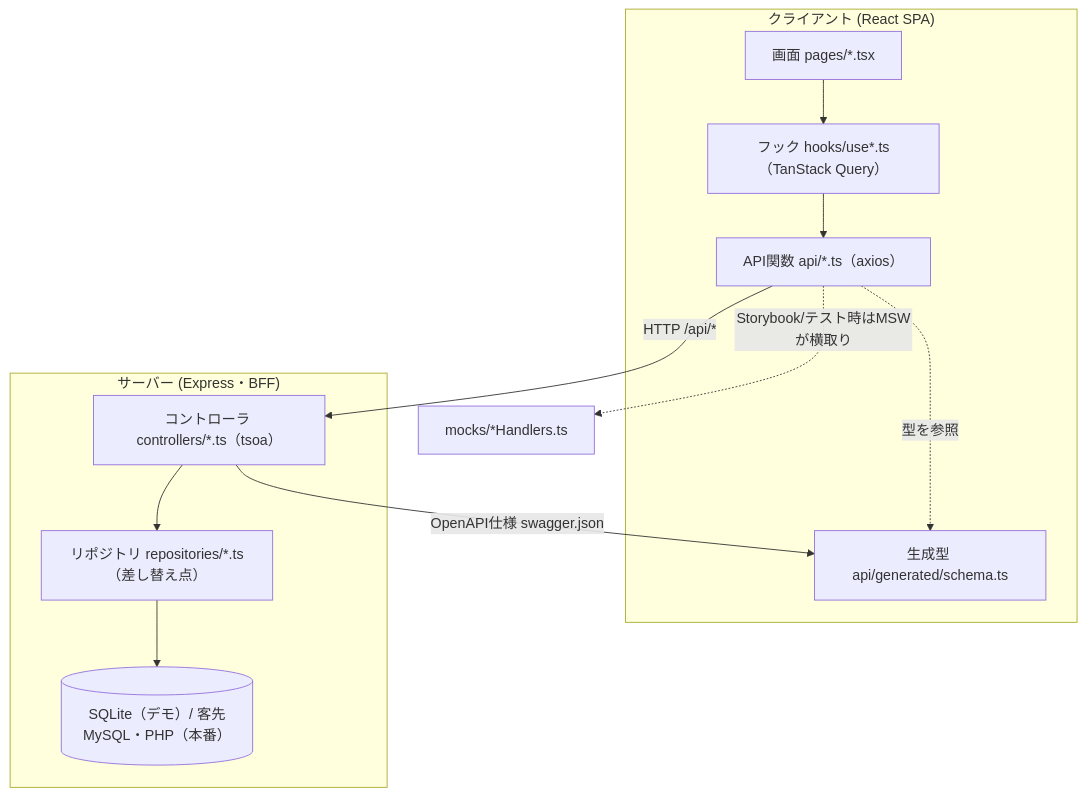
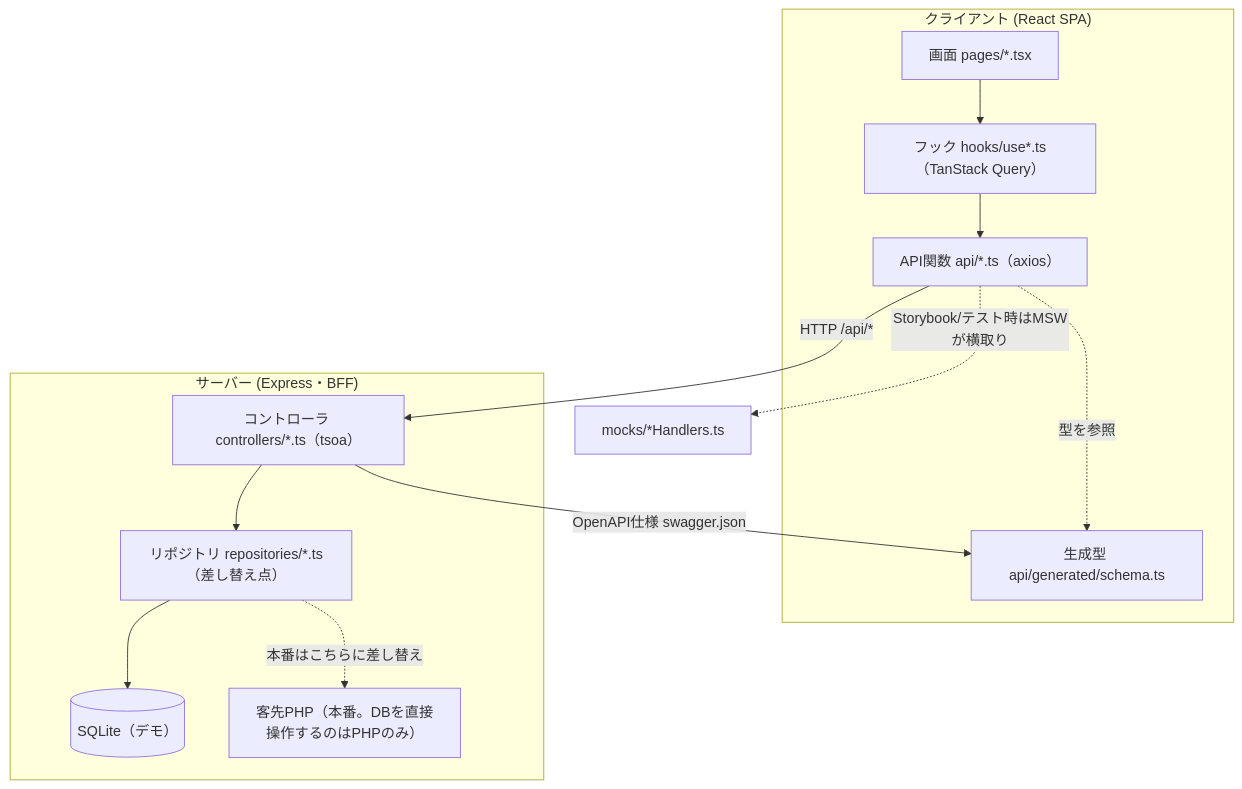
One commit to katsya1117/dmt changed the diagram in docs/design/07_アプリケーション方式設計書.md. Above: the diagram before and after it, drawn with Mermaid. The commit also changed other lines of this file and 11 other files, not shown here.

````diff
--- a/docs/design/07_アプリケーション方式設計書.md
+++ b/docs/design/07_アプリケーション方式設計書.md
@@ -19,22 +19,25 @@
 ```mermaid
 flowchart TB
   subgraph client["クライアント (React SPA)"]
     Page["画面 pages/*.tsx"]
     Hook["フック hooks/use*.ts（TanStack Query）"]
     Api["API関数 api/*.ts（axios）"]
     Schema["生成型 api/generated/schema.ts"]
     Page --> Hook --> Api
     Api -. 型を参照 .-> Schema
   end
 
   subgraph server["サーバー (Express・BFF)"]
     Ctrl["コントローラ controllers/*.ts（tsoa）"]
     Repo["リポジトリ repositories/*.ts（差し替え点）"]
-    DB[("SQLite（デモ）/ 客先MySQL・PHP（本番）")]
-    Ctrl --> Repo --> DB
+    SQLite[("SQLite（デモ）")]
+    PHP["客先PHP（本番。DBを直接操作するのはPHPのみ）"]
+    Ctrl --> Repo
+    Repo --> SQLite
+    Repo -.->|"本番はこちらに差し替え"| PHP
   end
 
   Api -->|"HTTP /api/*"| Ctrl
   Ctrl -->|"OpenAPI仕様 swagger.json"| Schema
   Api -. "Storybook/テスト時はMSWが横取り" .-> MSW["mocks/*Handlers.ts"]
 ```
````
